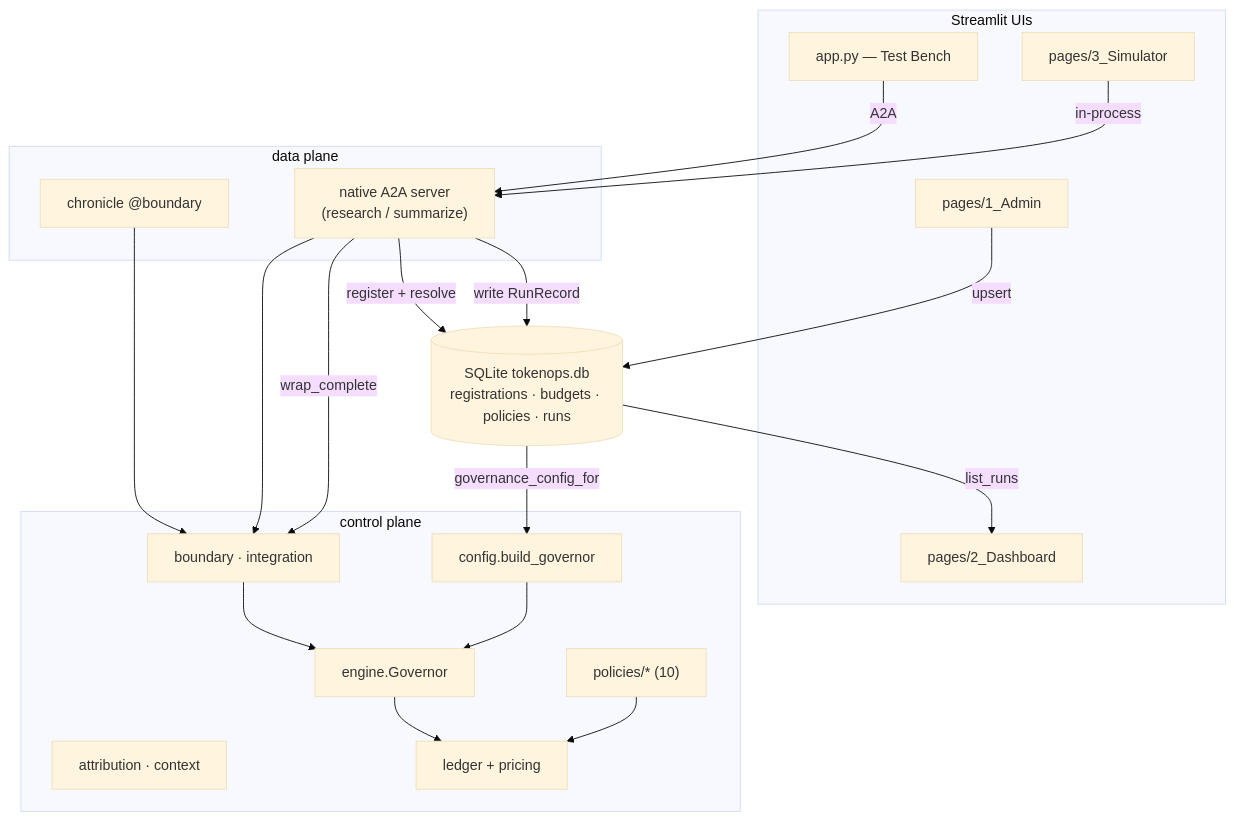
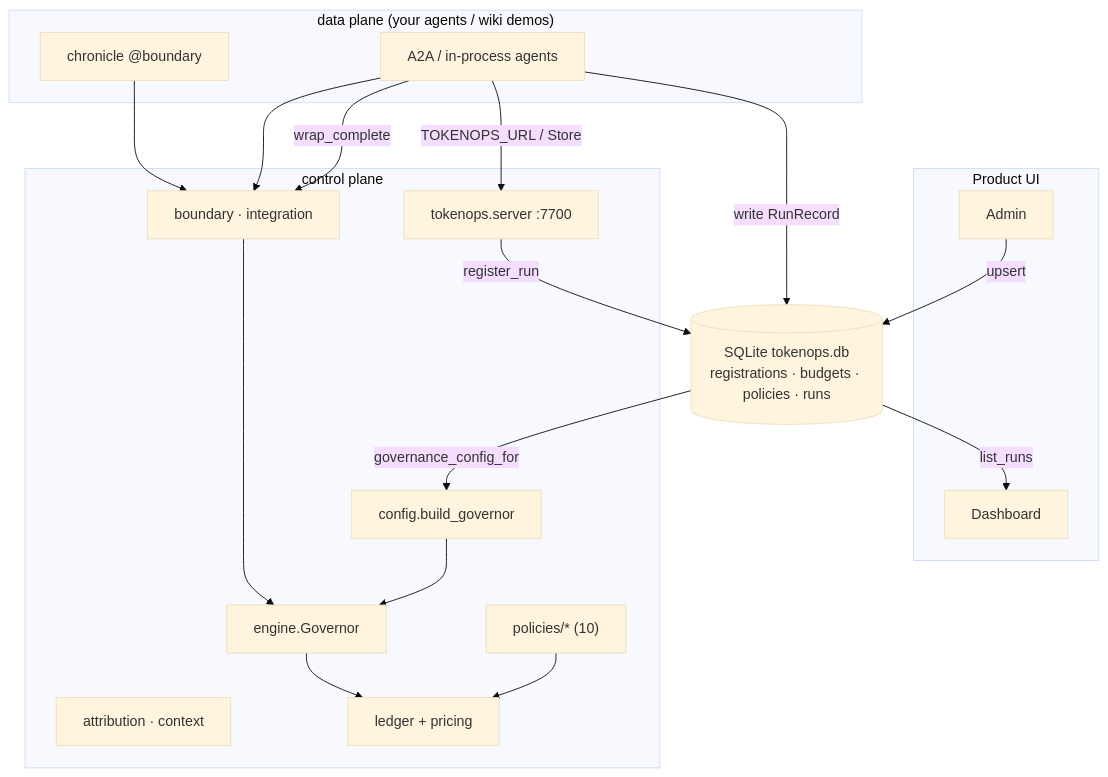
One commit to theagentplane/tokenops changed the diagram in docs/architecture.md. Above: the diagram before and after it, drawn with Mermaid (base theme). The commit also changed other lines of this file and 51 other files, not shown here.

First line of the commit message:
Trim bench-era residue so the core stays plane + SDK only.

````diff
--- a/docs/architecture.md
+++ b/docs/architecture.md
@@ -29,40 +28,38 @@
 ```mermaid
 graph TD
-    subgraph dataplane["data plane"]
-        agent["native A2A server\n(research / summarize)"]
+    subgraph dataplane["data plane (your agents / wiki demos)"]
+        agent["A2A / in-process agents"]
         chronicle["chronicle @boundary"]
     end
 
-    subgraph uis["Streamlit UIs"]
-        bench["app.py — Test Bench"]
-        sim["pages/3_Simulator"]
-        admin["pages/1_Admin"]
-        dash["pages/2_Dashboard"]
+    subgraph uis["Product UI"]
+        admin["Admin"]
+        dash["Dashboard"]
     end
 
     store[("SQLite tokenops.db\nregistrations · budgets · policies · runs")]
 
     subgraph control["control plane"]
         attr["attribution · context"]
         boundary["boundary · integration"]
         cfg["config.build_governor"]
         engine["engine.Governor"]
         policies["policies/* (10)"]
         ledger["ledger + pricing"]
+        plane["tokenops.server :7700"]
     end
 
-    bench -->|A2A| agent
-    sim -->|in-process| agent
+    plane -->|register_run| store
+    agent -->|TOKENOPS_URL / Store| plane
     admin -->|upsert| store
     store -->|governance_config_for| cfg
-    agent -->|register + resolve| store
     agent -->|write RunRecord| store
     store -->|list_runs| dash
     chronicle --> boundary
     boundary --> engine
     agent --> boundary
     agent -->|wrap_complete| boundary
     cfg --> engine
     engine --> ledger
     policies --> ledger
 ```
````
